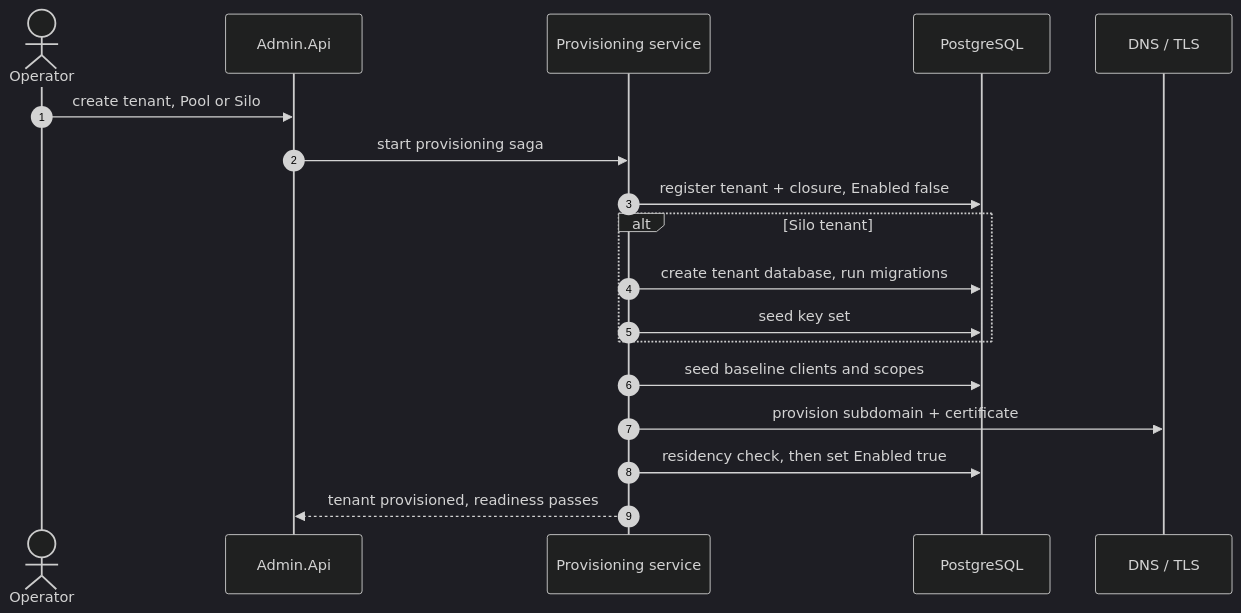
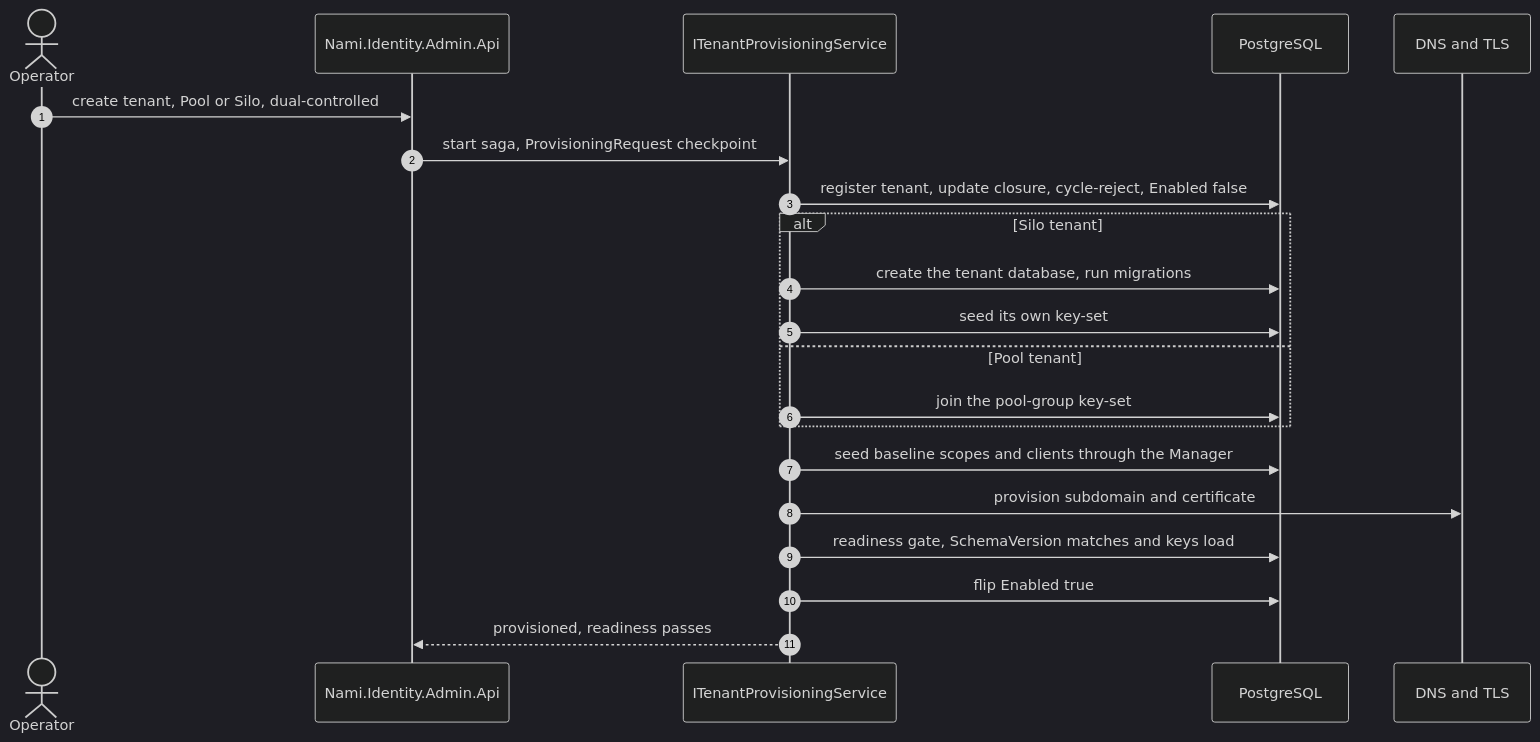
The seventh of 16 diagrams in docs/architecture/06-runtime-views.md (namphuongtran/nami), drawn with Mermaid (dark theme) before and after one commit. The commit also changed other lines of this file and 2 other files, not shown here.

````diff
--- a/docs/architecture/06-runtime-views.md
+++ b/docs/architecture/06-runtime-views.md
@@ -156,20 +306,23 @@
 ```mermaid
 sequenceDiagram
   autonumber
   actor Op as Operator
-  participant API as Admin.Api
-  participant PS as Provisioning service
+  participant API as Nami.Identity.Admin.Api
+  participant PS as ITenantProvisioningService
   participant DB as PostgreSQL
-  participant DNS as DNS / TLS
-  Op->>API: create tenant, Pool or Silo
-  API->>PS: start provisioning saga
-  PS->>DB: register tenant + closure, Enabled false
+  participant DNS as DNS and TLS
+  Op->>API: create tenant, Pool or Silo, dual-controlled
+  API->>PS: start saga, ProvisioningRequest checkpoint
+  PS->>DB: register tenant, update closure, cycle-reject, Enabled false
   alt Silo tenant
-    PS->>DB: create tenant database, run migrations
-    PS->>DB: seed key set
+    PS->>DB: create the tenant database, run migrations
+    PS->>DB: seed its own key-set
+  else Pool tenant
+    PS->>DB: join the pool-group key-set
   end
-  PS->>DB: seed baseline clients and scopes
-  PS->>DNS: provision subdomain + certificate
-  PS->>DB: residency check, then set Enabled true
-  PS-->>API: tenant provisioned, readiness passes
+  PS->>DB: seed baseline scopes and clients through the Manager
+  PS->>DNS: provision subdomain and certificate
+  PS->>DB: readiness gate, SchemaVersion matches and keys load
+  PS->>DB: flip Enabled true
+  PS-->>API: provisioned, readiness passes
 ```
````
